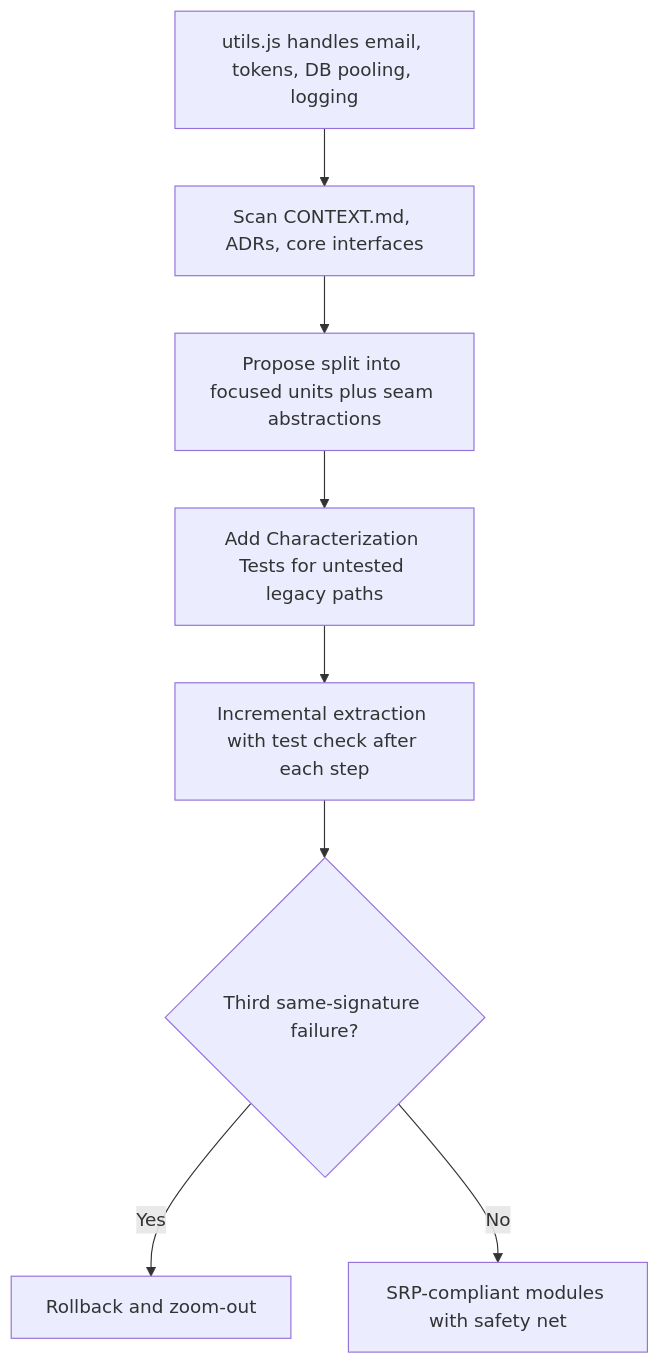
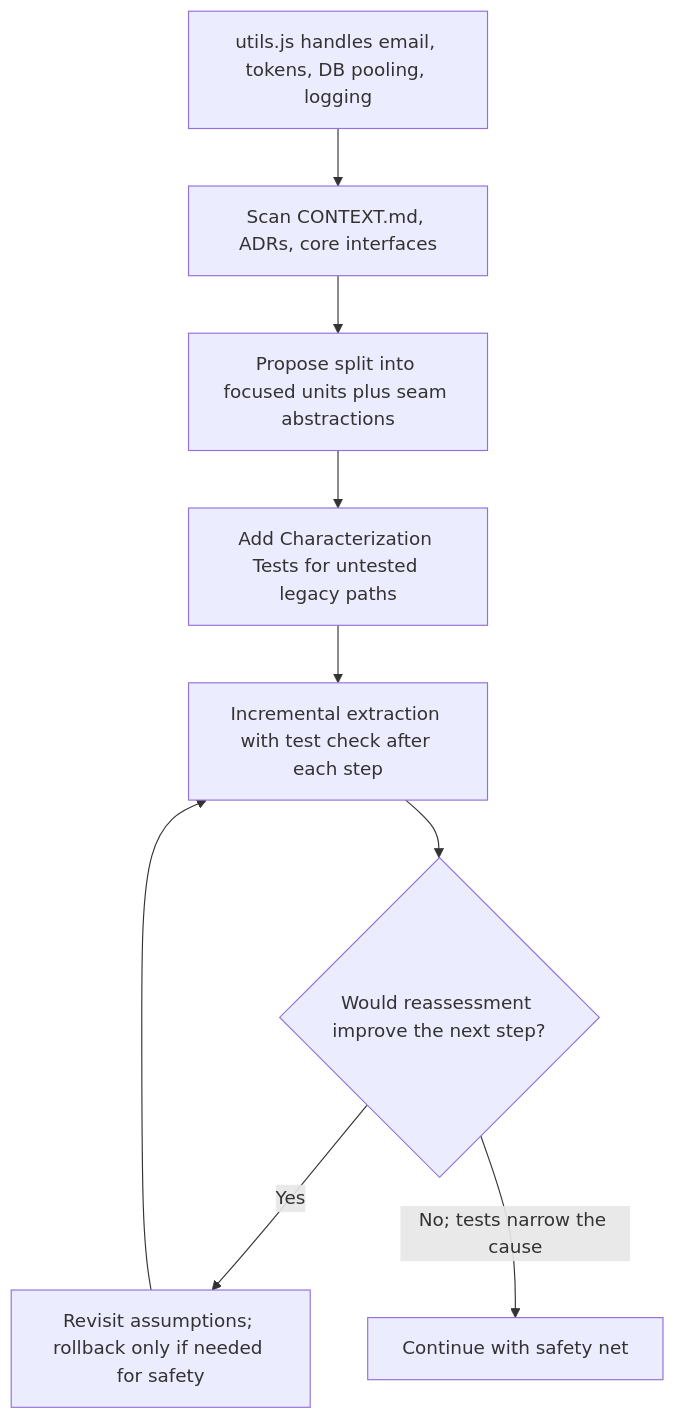
One commit to dyphn1/Harness-everything changed the third of 3 diagrams in docs/workflows/improve-codebase-architecture.md. Above: the diagram before and after it, drawn with Mermaid. The commit also changed other lines of this file and 17 other files, not shown here.

First line of the commit message:
docs(zoom-out): describe agent-initiated zoom-out in active docs

````diff
--- a/docs/workflows/improve-codebase-architecture.md
+++ b/docs/workflows/improve-codebase-architecture.md
@@ -37,10 +38,11 @@
 ```mermaid
 graph TD
   BloatedUtil["utils.js handles email, tokens, DB pooling, logging"] --> ScanInterfaces["Scan CONTEXT.md, ADRs, core interfaces"]
   ScanInterfaces --> SRPProposal["Propose split into focused units plus seam abstractions"]
   SRPProposal --> CharNet["Add Characterization Tests for untested legacy paths"]
   CharNet --> Incremental["Incremental extraction with test check after each step"]
-  Incremental --> RollbackGate{"Third same-signature failure?"}
-  RollbackGate -->|Yes| RollbackZoom["Rollback and zoom-out"]
-  RollbackGate -->|No| ModularDone["SRP-compliant modules with safety net"]
+  Incremental --> ReassessGate{"Would reassessment improve the next step?"}
+  ReassessGate -->|Yes| RollbackZoom["Revisit assumptions; rollback only if needed for safety"]
+  ReassessGate -->|No; tests narrow the cause| ModularDone["Continue with safety net"]
+  RollbackZoom --> Incremental
 ```
````
